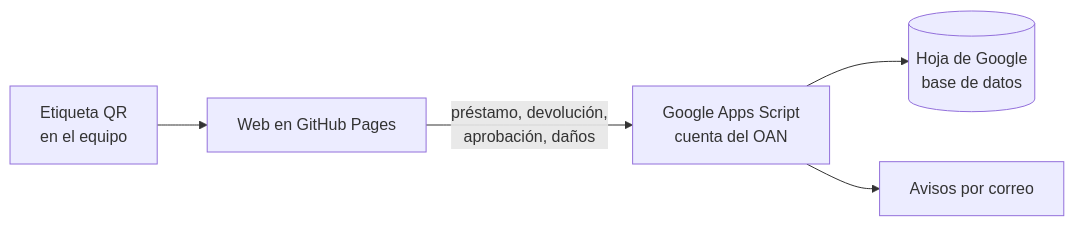
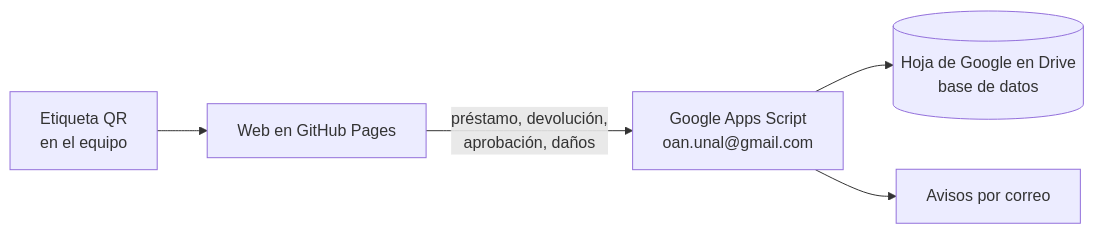
The diagram in README.md (AstronomiaOAN/equipos), drawn with Mermaid before and after one commit. The commit also changed other lines of this file and 39 other files, not shown here.

First line of the commit message:
Logo del OAN, salidas con varios equipos y base de datos en el Drive de oan.unal@gmail.com

````diff
--- a/README.md
+++ b/README.md
@@ -17,7 +17,7 @@
 ```mermaid
 flowchart LR
     QR[Etiqueta QR<br/>en el equipo] --> Web[Web en GitHub Pages]
-    Web -- préstamo, devolución,<br/>aprobación, daños --> AS[Google Apps Script<br/>cuenta del OAN]
-    AS --> Hoja[(Hoja de Google<br/>base de datos)]
+    Web -- préstamo, devolución,<br/>aprobación, daños --> AS[Google Apps Script<br/>oan.unal@gmail.com]
+    AS --> Hoja[(Hoja de Google en Drive<br/>base de datos)]
     AS --> Correo[Avisos por correo]
 ```
````
